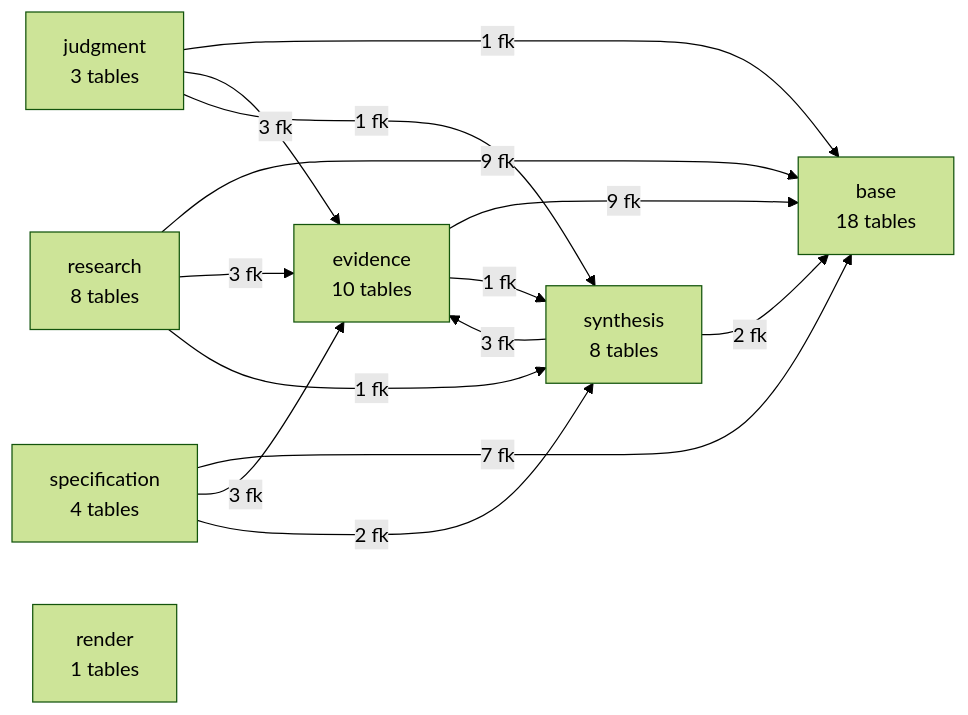
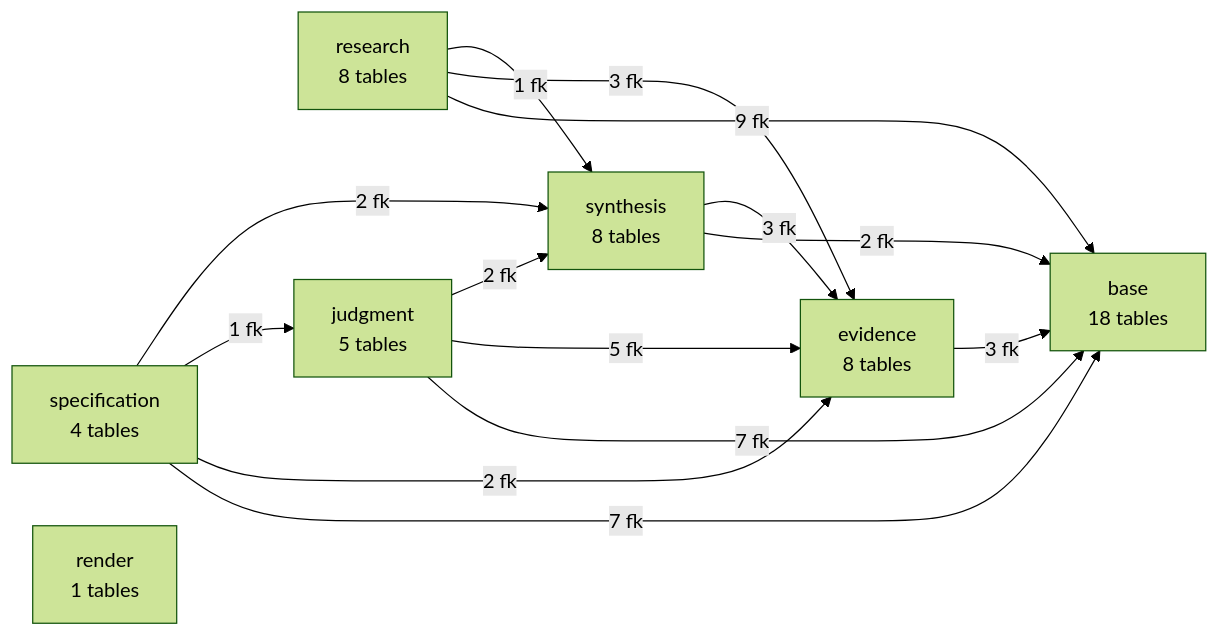
One commit to jordanelias/guidebook changed the first of 10 diagrams in workplan/pipeline-state-graph/STATE-GRAPH.md. Above: the diagram before and after it, drawn with Mermaid (forest theme). The commit also changed other lines of this file and 17 other files, not shown here.

````diff
--- a/workplan/pipeline-state-graph/STATE-GRAPH.md
+++ b/workplan/pipeline-state-graph/STATE-GRAPH.md
@@ -24,23 +24,23 @@
 ```mermaid
 flowchart LR
   base["base\n18 tables"]
   research["research\n8 tables"]
-  evidence["evidence\n10 tables"]
-  judgment["judgment\n3 tables"]
+  evidence["evidence\n8 tables"]
+  judgment["judgment\n5 tables"]
   synthesis["synthesis\n8 tables"]
   specification["specification\n4 tables"]
   render["render\n1 tables"]
-  evidence -->|9 fk| base
-  evidence -->|1 fk| synthesis
-  judgment -->|1 fk| base
-  judgment -->|3 fk| evidence
-  judgment -->|1 fk| synthesis
+  evidence -->|3 fk| base
+  judgment -->|7 fk| base
+  judgment -->|5 fk| evidence
+  judgment -->|2 fk| synthesis
   research -->|9 fk| base
   research -->|3 fk| evidence
   research -->|1 fk| synthesis
   specification -->|7 fk| base
-  specification -->|3 fk| evidence
+  specification -->|2 fk| evidence
+  specification -->|1 fk| judgment
   specification -->|2 fk| synthesis
   synthesis -->|2 fk| base
   synthesis -->|3 fk| evidence
 ```
````
